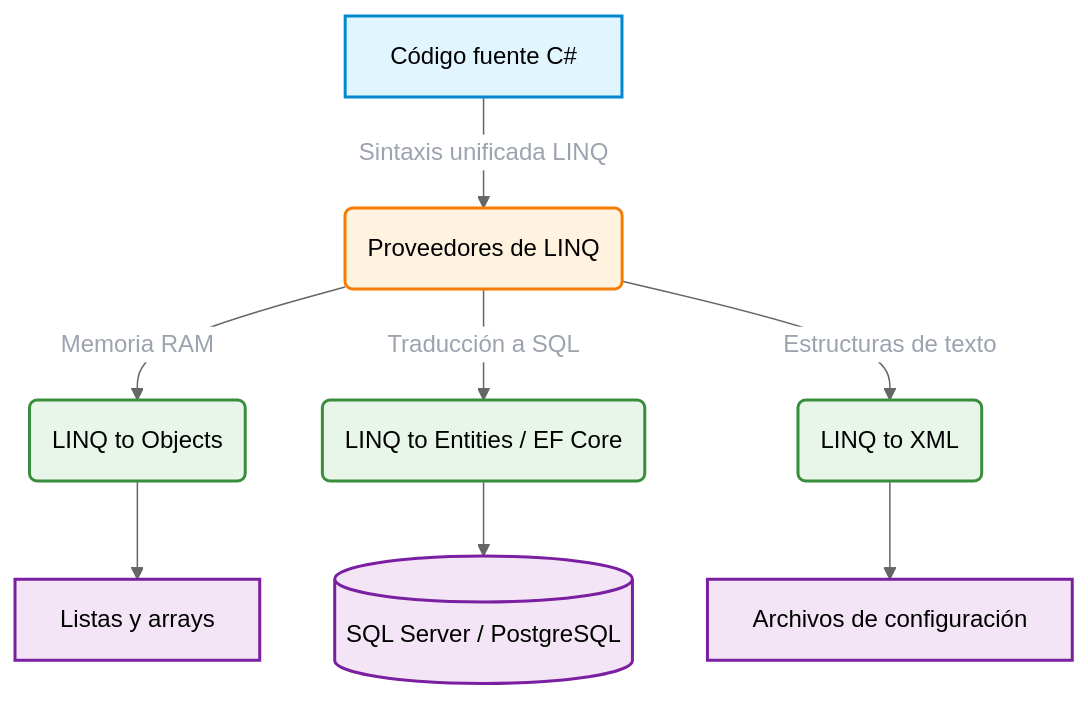
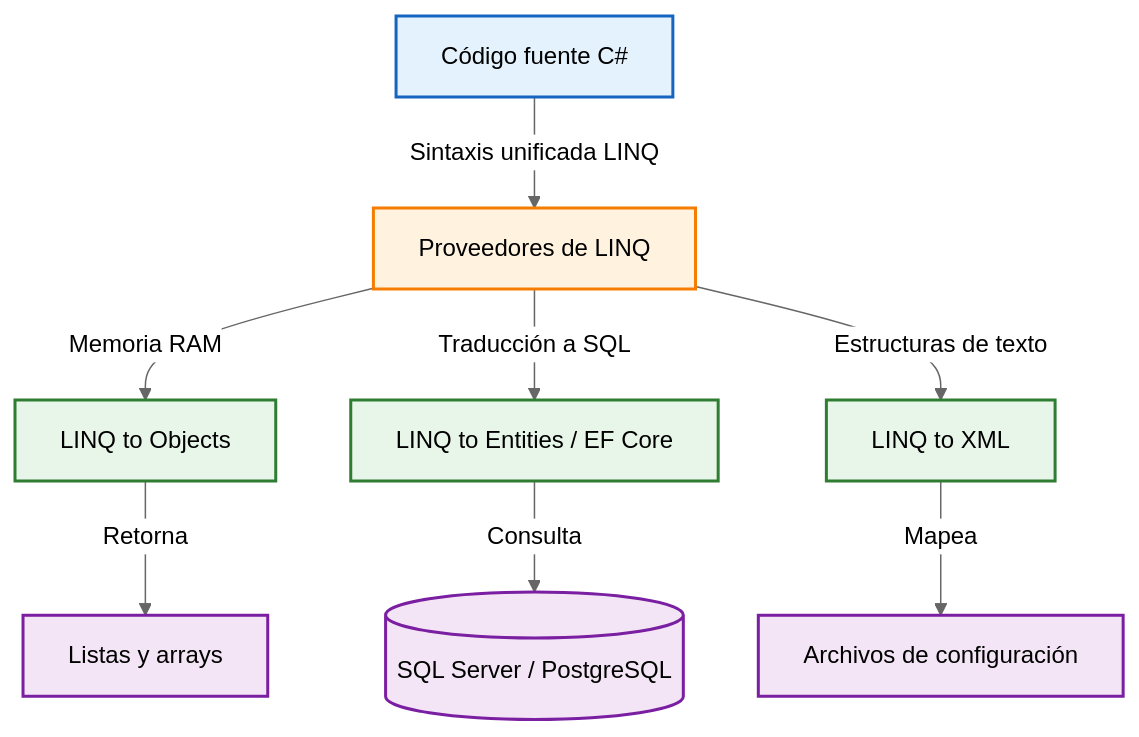
The diagram in docs/que-es-linq.md (mar991-c/Manual-linQ), drawn with Mermaid (neutral theme) before and after one commit.

Commit message:
docs: actualizar

````diff
--- a/docs/que-es-linq.md
+++ b/docs/que-es-linq.md
@@ -92,21 +92,31 @@
 ```mermaid
 graph TD
-    A[Código fuente C#] -->|Sintaxis unificada LINQ| B(Proveedores de LINQ)
-    B -->|Memoria RAM| C(LINQ to Objects)
-    B -->|Traducción a SQL| D(LINQ to Entities / EF Core)
-    B -->|Estructuras de texto| E(LINQ to XML)
-    C --> F[Listas y arrays]
-    D --> G[(SQL Server / PostgreSQL)]
-    E --> H[Archivos de configuración]
+    A[Código fuente C#] -->|Sintaxis unificada LINQ| B[Proveedores de LINQ]
+    
+    B -->|Memoria RAM| C[LINQ to Objects]
+    C -->|Retorna| F[Listas y arrays]
+    
+    B -->|Traducción a SQL| D[LINQ to Entities / EF Core]
+    D -->|Consulta| G[(SQL Server / PostgreSQL)]
+    
+    B -->|Estructuras de texto| E[LINQ to XML]
+    E -->|Mapea| H[Archivos de configuración]
 
-    style A fill:#e1f5fe,stroke:#0288d1,stroke-width:2px,color:#000
-    style B fill:#fff3e0,stroke:#f57c00,stroke-width:2px,color:#000
-    style C fill:#e8f5e9,stroke:#388e3c,stroke-width:2px,color:#000
-    style D fill:#e8f5e9,stroke:#388e3c,stroke-width:2px,color:#000
-    style E fill:#e8f5e9,stroke:#388e3c,stroke-width:2px,color:#000
-    style F fill:#f3e5f5,stroke:#7b1fa2,stroke-width:2px,color:#000
-    style G fill:#f3e5f5,stroke:#7b1fa2,stroke-width:2px,color:#000
-    style H fill:#f3e5f5,stroke:#7b1fa2,stroke-width:2px,color:#000
+    %% Definir una clase para texto negro legible
+    classDef darkText color:#000000;
+    
+    %% Aplicar la clase de texto negro a todos los nodos
+    class A,B,C,D,E,F,G,H darkText;
 
-    linkStyle default color:#9ca3af
+    %% Estilos de fondo y borde (se mantienen iguales)
+    style A fill:#e3f2fd,stroke:#1565c0,stroke-width:2px
+    style B fill:#fff3e0,stroke:#f57c00,stroke-width:2px
+    
+    style C fill:#e8f5e9,stroke:#2e7d32,stroke-width:2px
+    style D fill:#e8f5e9,stroke:#2e7d32,stroke-width:2px
+    style E fill:#e8f5e9,stroke:#2e7d32,stroke-width:2px
+    
+    style F fill:#f3e5f5,stroke:#7b1fa2,stroke-width:2px
+    style G fill:#f3e5f5,stroke:#7b1fa2,stroke-width:2px
+    style H fill:#f3e5f5,stroke:#7b1fa2,stroke-width:2px
 ```
````
